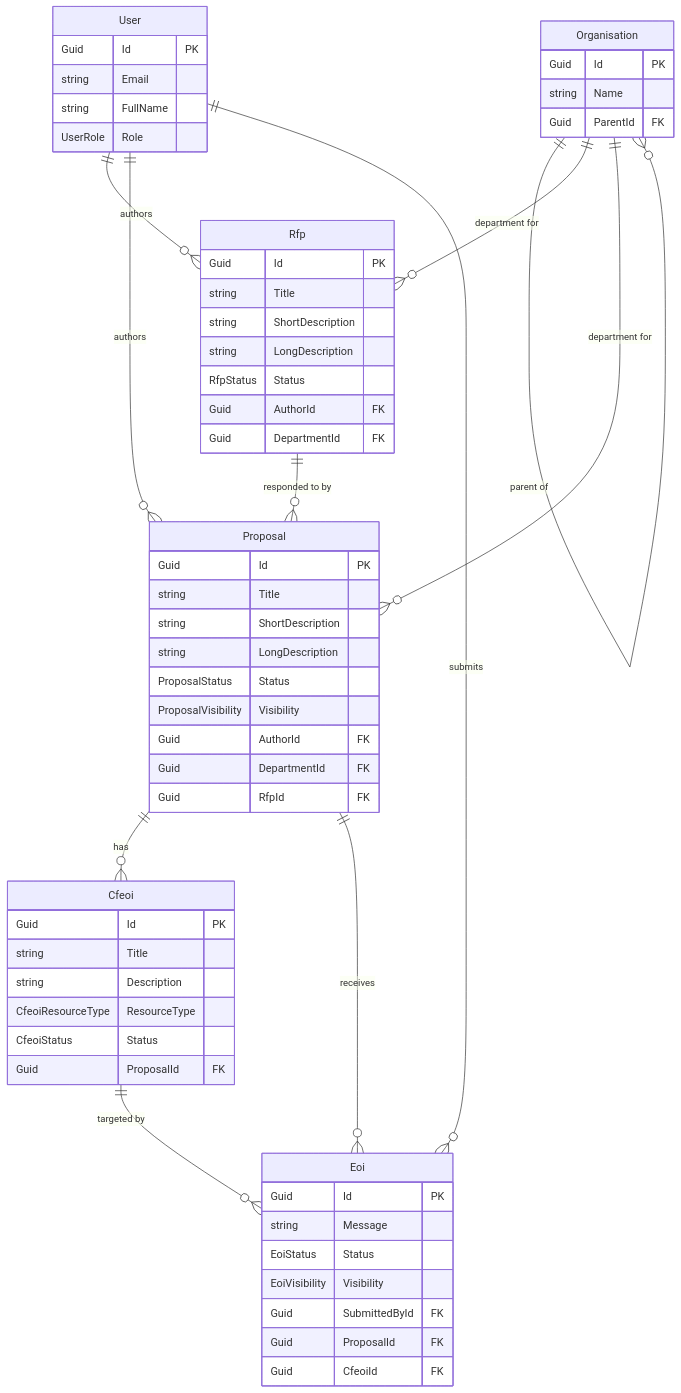
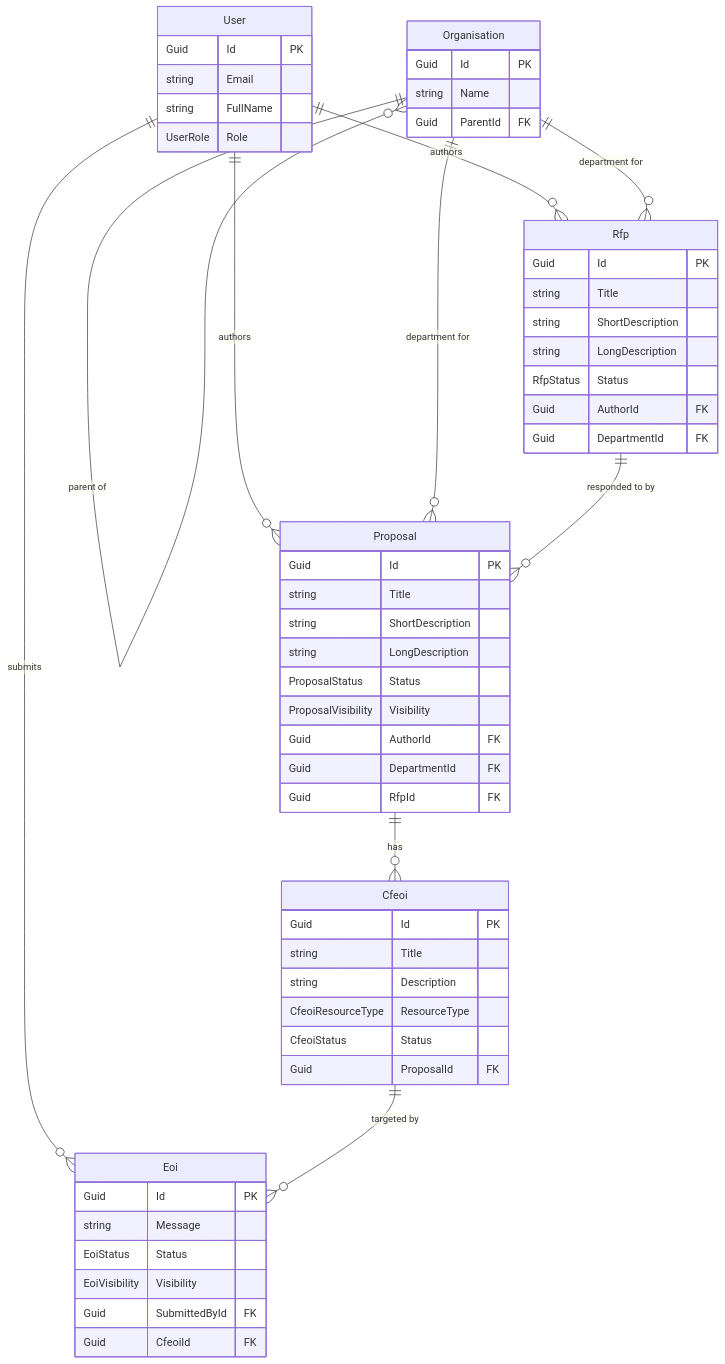
The diagram in docs/architecture/erd.md (Simorgh-Labs/herit), drawn with Mermaid before and after one commit.

Commit message:
Update ERD to remove direct Eoi-Proposal relationship
EOIs are now always linked through a CFEOI, never directly to a Proposal.

````diff
--- a/docs/architecture/erd.md
+++ b/docs/architecture/erd.md
@@ -3,67 +3,65 @@
 ```mermaid
 erDiagram
     User {
         Guid Id PK
         string Email
         string FullName
         UserRole Role
     }
 
     Organisation {
         Guid Id PK
         string Name
         Guid ParentId FK
     }
 
     Rfp {
         Guid Id PK
         string Title
         string ShortDescription
         string LongDescription
         RfpStatus Status
         Guid AuthorId FK
         Guid DepartmentId FK
     }
 
     Proposal {
         Guid Id PK
         string Title
         string ShortDescription
         string LongDescription
         ProposalStatus Status
         ProposalVisibility Visibility
         Guid AuthorId FK
         Guid DepartmentId FK
         Guid RfpId FK
     }
 
     Cfeoi {
         Guid Id PK
         string Title
         string Description
         CfeoiResourceType ResourceType
         CfeoiStatus Status
         Guid ProposalId FK
     }
 
     Eoi {
         Guid Id PK
         string Message
         EoiStatus Status
         EoiVisibility Visibility
         Guid SubmittedById FK
-        Guid ProposalId FK
         Guid CfeoiId FK
     }
 
     Organisation ||--o{ Organisation : "parent of"
     User ||--o{ Rfp : "authors"
     Organisation ||--o{ Rfp : "department for"
     User ||--o{ Proposal : "authors"
     Organisation ||--o{ Proposal : "department for"
     Rfp ||--o{ Proposal : "responded to by"
     Proposal ||--o{ Cfeoi : "has"
-    Proposal ||--o{ Eoi : "receives"
     User ||--o{ Eoi : "submits"
     Cfeoi ||--o{ Eoi : "targeted by"
 ```
````
